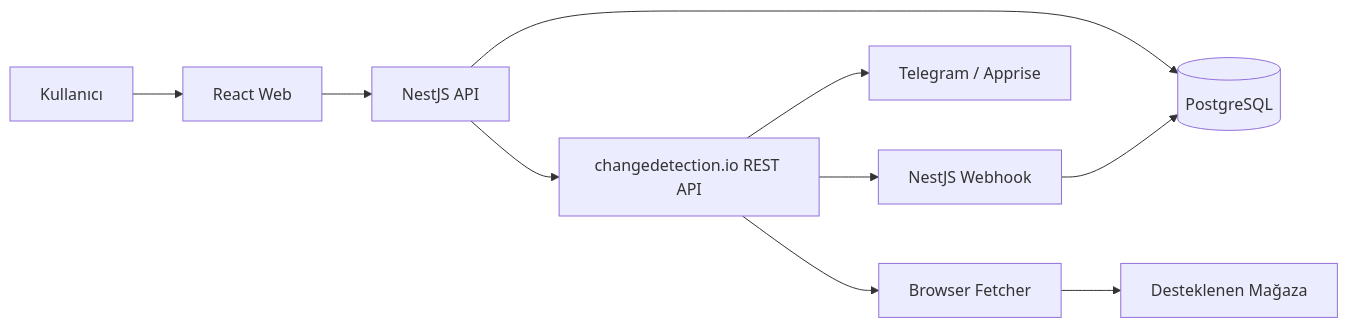
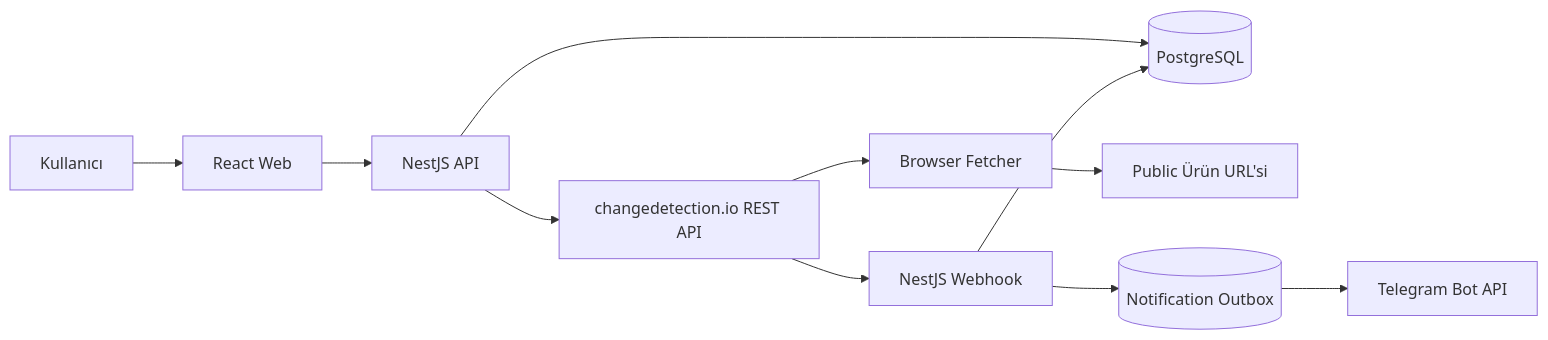
One commit to EfeAslangul/tracora changed the diagram in README.md. Above: the diagram before and after it, drawn with Mermaid. The commit also changed other lines of this file and 16 other files, not shown here.

Commit message:
docs: define extensible tracking architecture

````diff
--- a/README.md
+++ b/README.md
@@ -32,12 +32,13 @@
 ```mermaid
 flowchart LR
     U[Kullanıcı] --> W[React Web]
     W --> A[NestJS API]
     A --> P[(PostgreSQL)]
     A --> C[changedetection.io REST API]
     C --> B[Browser Fetcher]
-    B --> S[Desteklenen Mağaza]
-    C --> T[Telegram / Apprise]
+    B --> S[Public Ürün URL'si]
     C --> H[NestJS Webhook]
     H --> P
+    H --> O[(Notification Outbox)]
+    O --> T[Telegram Bot API]
 ```
````
